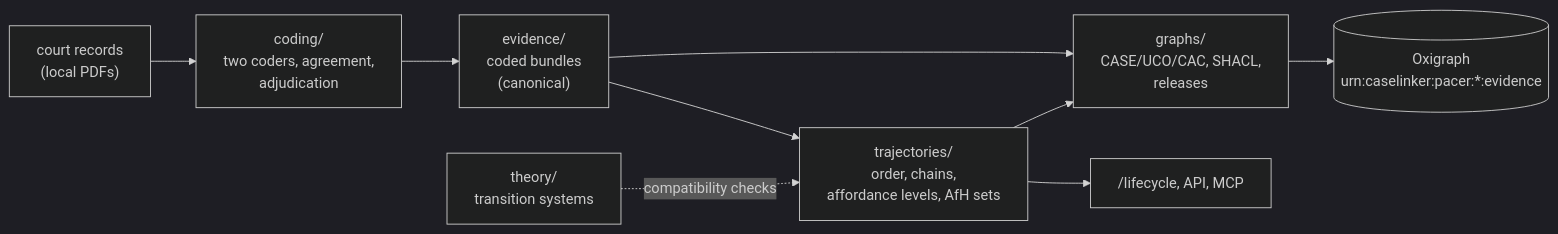
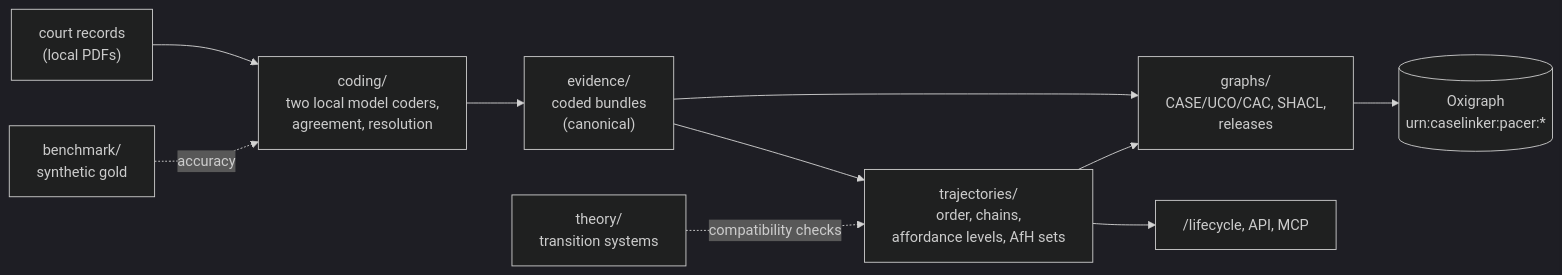
The diagram in state_machines/README.md (mrinaalr/CaseLinker), drawn with Mermaid (dark theme) before and after one commit. The commit also changed other lines of this file and 10 other files, not shown here.

````diff
--- a/state_machines/README.md
+++ b/state_machines/README.md
@@ -17,11 +17,12 @@
 ```mermaid
 flowchart LR
-  pdf["court records<br/>(local PDFs)"] --> coding["coding/<br/>two coders, agreement,<br/>adjudication"]
+  pdf["court records<br/>(local PDFs)"] --> coding["coding/<br/>two local model coders,<br/>agreement, resolution"]
+  bench["benchmark/<br/>synthetic gold"] -. "accuracy" .-> coding
   coding --> evidence["evidence/<br/>coded bundles<br/>(canonical)"]
   evidence --> traj["trajectories/<br/>order, chains,<br/>affordance levels, AfH sets"]
   evidence --> graphs["graphs/<br/>CASE/UCO/CAC, SHACL,<br/>releases"]
   traj --> graphs
-  graphs --> ox[("Oxigraph<br/>urn:caselinker:pacer:*:evidence")]
+  graphs --> ox[("Oxigraph<br/>urn:caselinker:pacer:*")]
   traj --> ui["/lifecycle, API, MCP"]
   theory["theory/<br/>transition systems"] -. "compatibility checks" .-> traj
 ```
````
